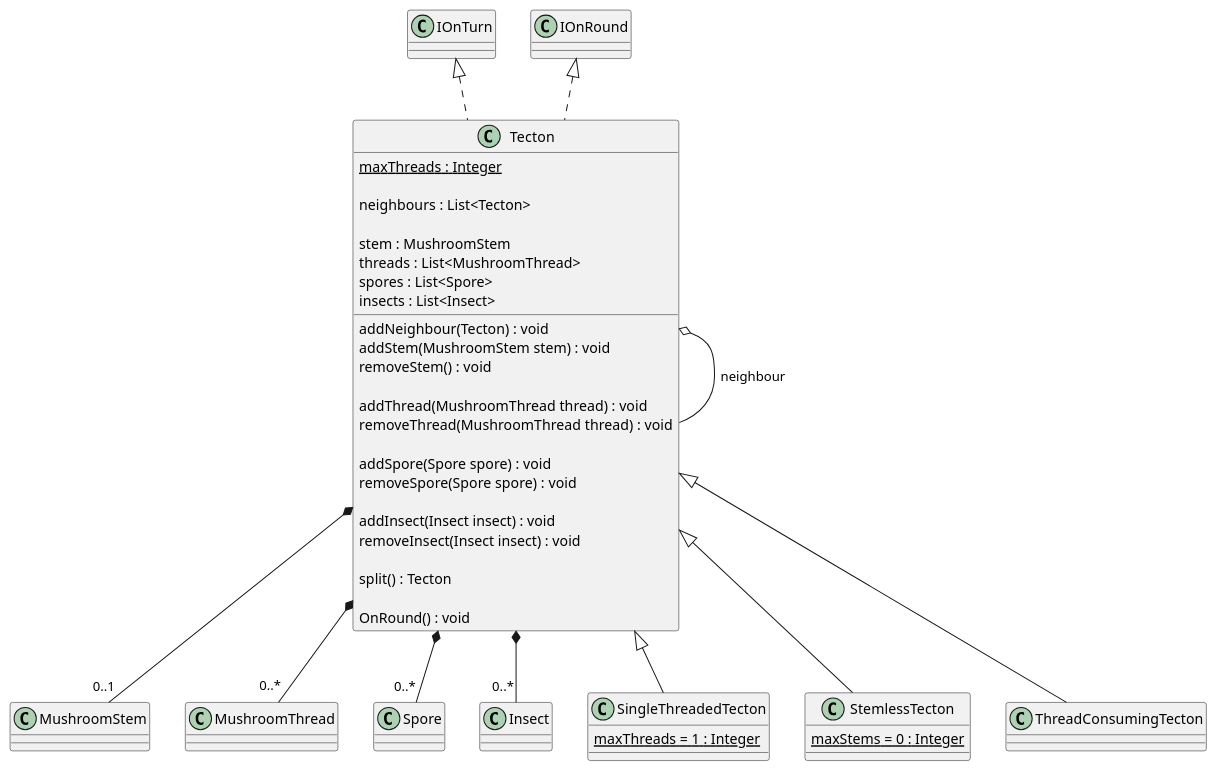
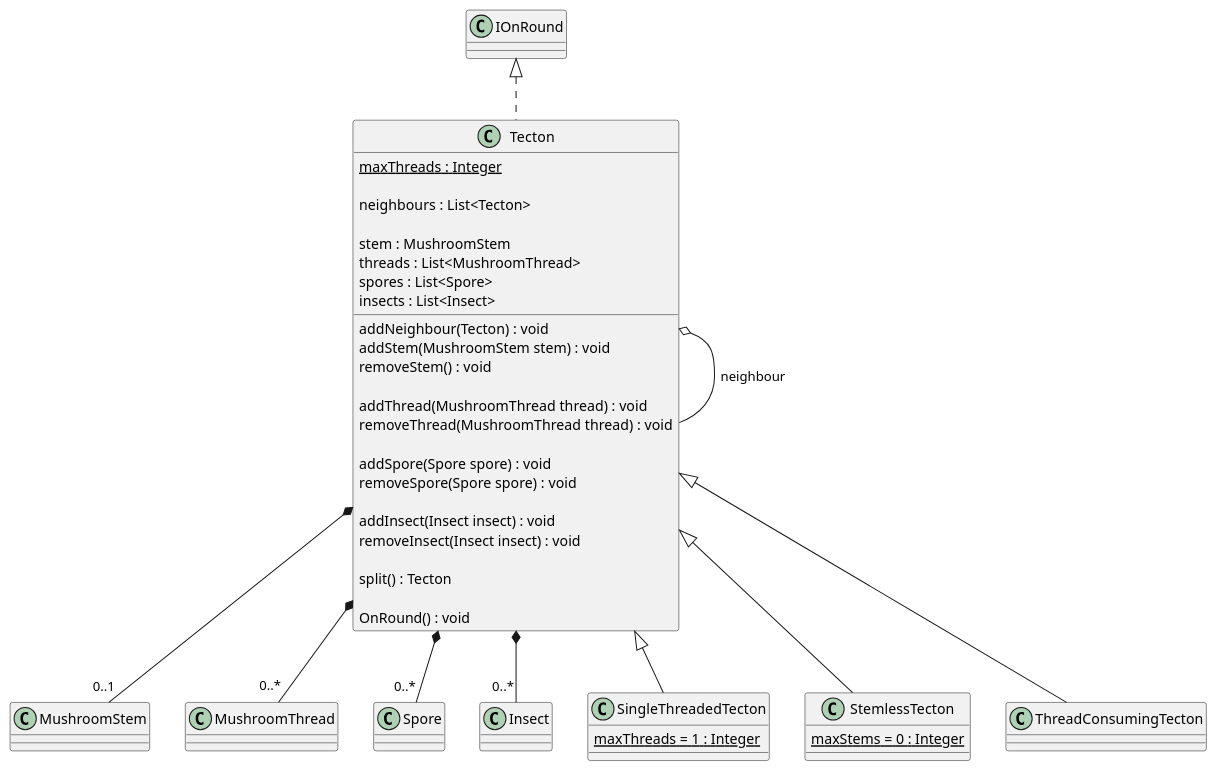
One commit to Petya-G/fungorium changed the diagram in 3/classes/tecton.puml. Above: the diagram before and after it, drawn with PlantUML.

Commit message:
removed onturn

```diff
--- a/3/classes/tecton.puml
+++ b/3/classes/tecton.puml
@@ -1,58 +1,57 @@
 @startuml tecton
-  IOnTurn <|.. Tecton 
   IOnRound <|.. Tecton 
   Tecton  o-- Tecton : neighbour
   'Tecton *-- "0..*" Entity
   class Tecton {
     {static} maxThreads : Integer
     
     neighbours : List<Tecton>
 
     stem : MushroomStem
     threads : List<MushroomThread>
     spores : List<Spore>
     insects : List<Insect>  
 
     addNeighbour(Tecton) : void
     addStem(MushroomStem stem) : void
     removeStem() : void
 
     addThread(MushroomThread thread) : void
     removeThread(MushroomThread thread) : void
 
     addSpore(Spore spore) : void
     removeSpore(Spore spore) : void
 
     addInsect(Insect insect) : void
     removeInsect(Insect insect) : void
 
     split() : Tecton
 
     OnRound() : void
   }
 
   Tecton *-- "0..1" MushroomStem 
   Tecton *-- "0..*" MushroomThread
   
   Tecton *-- "0..*" Spore
   Tecton *-- "0..*" Insect
   'SingleThreadedTecton *-- "0..1" MushroomStem
   'SingleThreadedTecton "2" *-- "0..1" MushroomThread
   Tecton <|-- SingleThreadedTecton
   class SingleThreadedTecton {
     {static} maxThreads = 1 : Integer
   }
 
 
   'BodylessTecton "2" *-- "0..*" MushroomThread
   Tecton <|-- StemlessTecton
   class StemlessTecton {
     {static} maxStems = 0 : Integer
   }
 
   ' ThreadConsumingTecton *-- "0..1" MushroomStem
   'ThreadConsumingTecton "2" *-- "0..*" MushroomThread
   Tecton <|-- ThreadConsumingTecton
   class ThreadConsumingTecton {
   }
 @enduml
```
